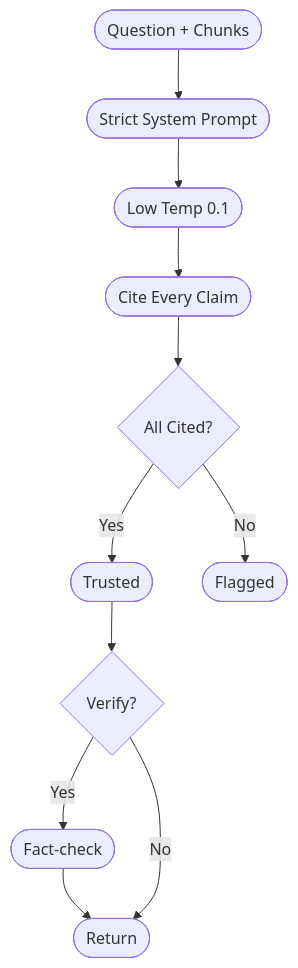
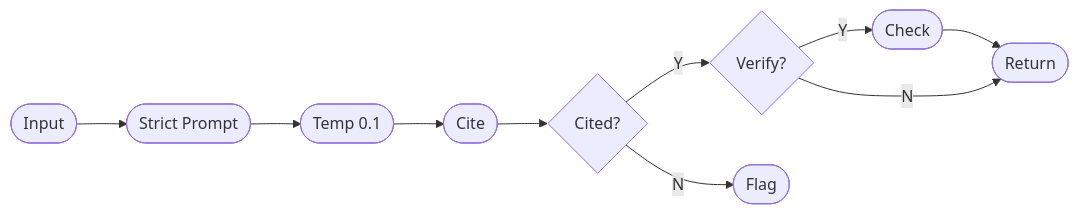
Before and after one commit to prthmmkhija1/RAGsystem: the fourth of 4 diagrams in README.md, drawn with Mermaid. The commit also changed other lines of this file, not shown here.

Commit message:
Clean horizontal mermaid diagrams

````diff
--- a/README.md
+++ b/README.md
@@ -176,10 +173,9 @@
 ```mermaid
-flowchart TD
-    A([Question + Chunks]) --> B([Strict System Prompt])
-    B --> C([Low Temp 0.1]) --> D([Cite Every Claim])
-    D --> E{All Cited?}
-    E -- Yes --> F([Trusted]) --> G{Verify?}
-    E -- No --> H([Flagged])
-    G -- Yes --> I([Fact-check]) --> J([Return])
-    G -- No --> J
+flowchart LR
+    A([Input]) --> B([Strict Prompt]) --> C([Temp 0.1]) --> D([Cite])
+    D --> E{Cited?}
+    E -- Y --> F{Verify?}
+    E -- N --> G([Flag])
+    F -- Y --> H([Check]) --> I([Return])
+    F -- N --> I
 ```
````
